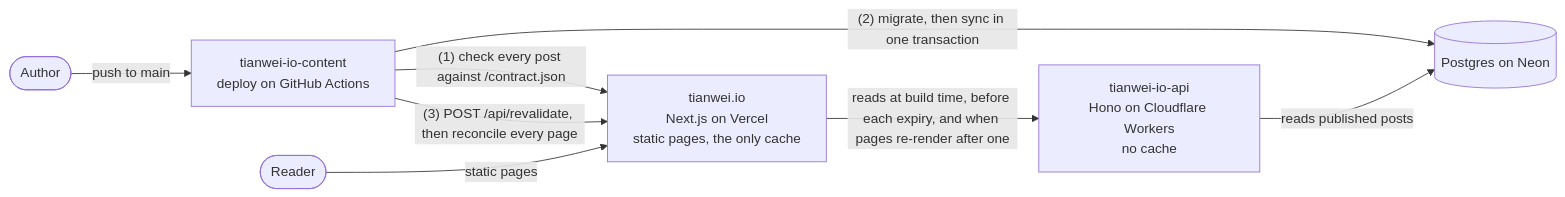
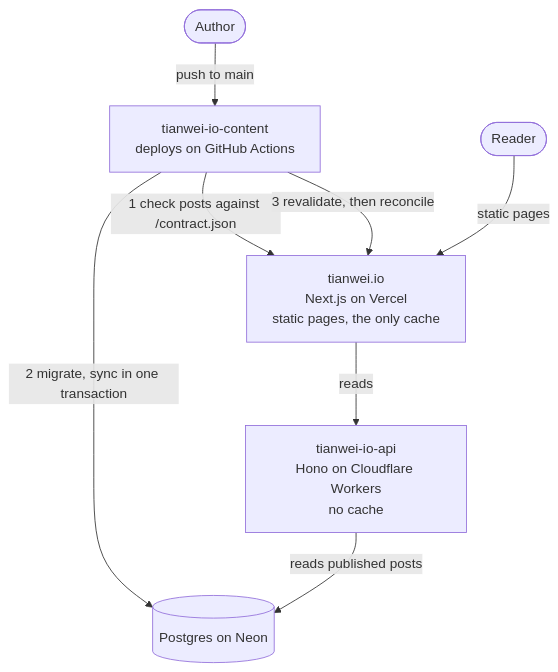
The diagram in README.md (notbd/tianwei.io), drawn with Mermaid before and after one commit. The commit also changed other lines of this file and 5 other files, not shown here.

````diff
--- a/README.md
+++ b/README.md
@@ -27,17 +29,17 @@
 ```mermaid
-flowchart LR
+flowchart TB
   author(["Author"])
   reader(["Reader"])
-  content["tianwei-io-content<br/>deploy on GitHub Actions"]
+  content["tianwei-io-content<br/>deploys on GitHub Actions"]
   db[("Postgres on Neon")]
   api["tianwei-io-api<br/>Hono on Cloudflare Workers<br/>no cache"]
   web["tianwei.io<br/>Next.js on Vercel<br/>static pages, the only cache"]
 
   author -- "push to main" --> content
-  content -- "(1) check every post against /contract.json" --> web
-  content -- "(2) migrate, then sync in one transaction" --> db
-  content -- "(3) POST /api/revalidate, then reconcile every page" --> web
-  web -- "reads at build time, before each expiry, and when pages re-render after one" --> api
+  content -- "1 check posts against /contract.json" --> web
+  content -- "2 migrate, sync in one transaction" --> db
+  content -- "3 revalidate, then reconcile" --> web
+  reader -- "static pages" --> web
+  web -- "reads" --> api
   api -- "reads published posts" --> db
-  reader -- "static pages" --> web
 ```
````
